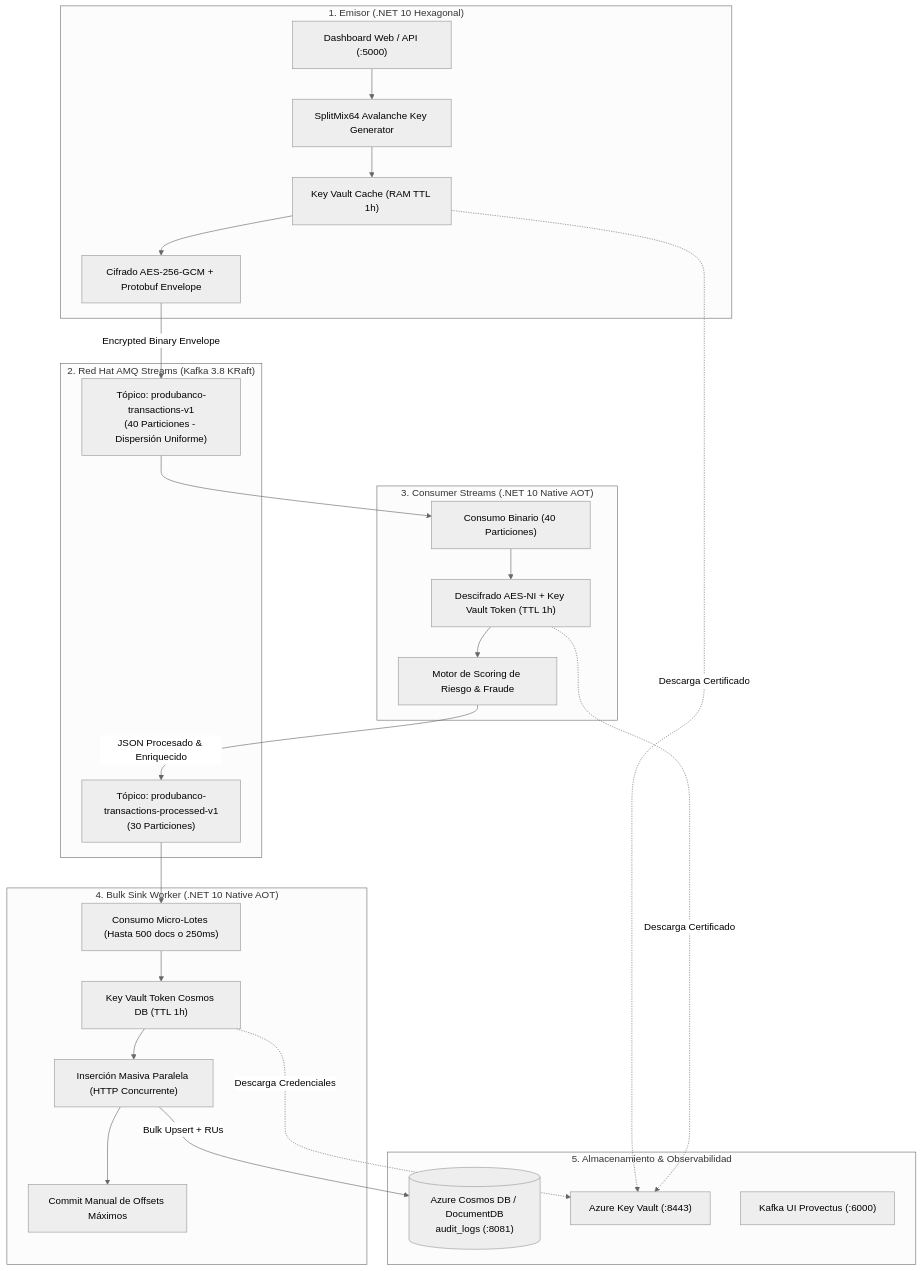
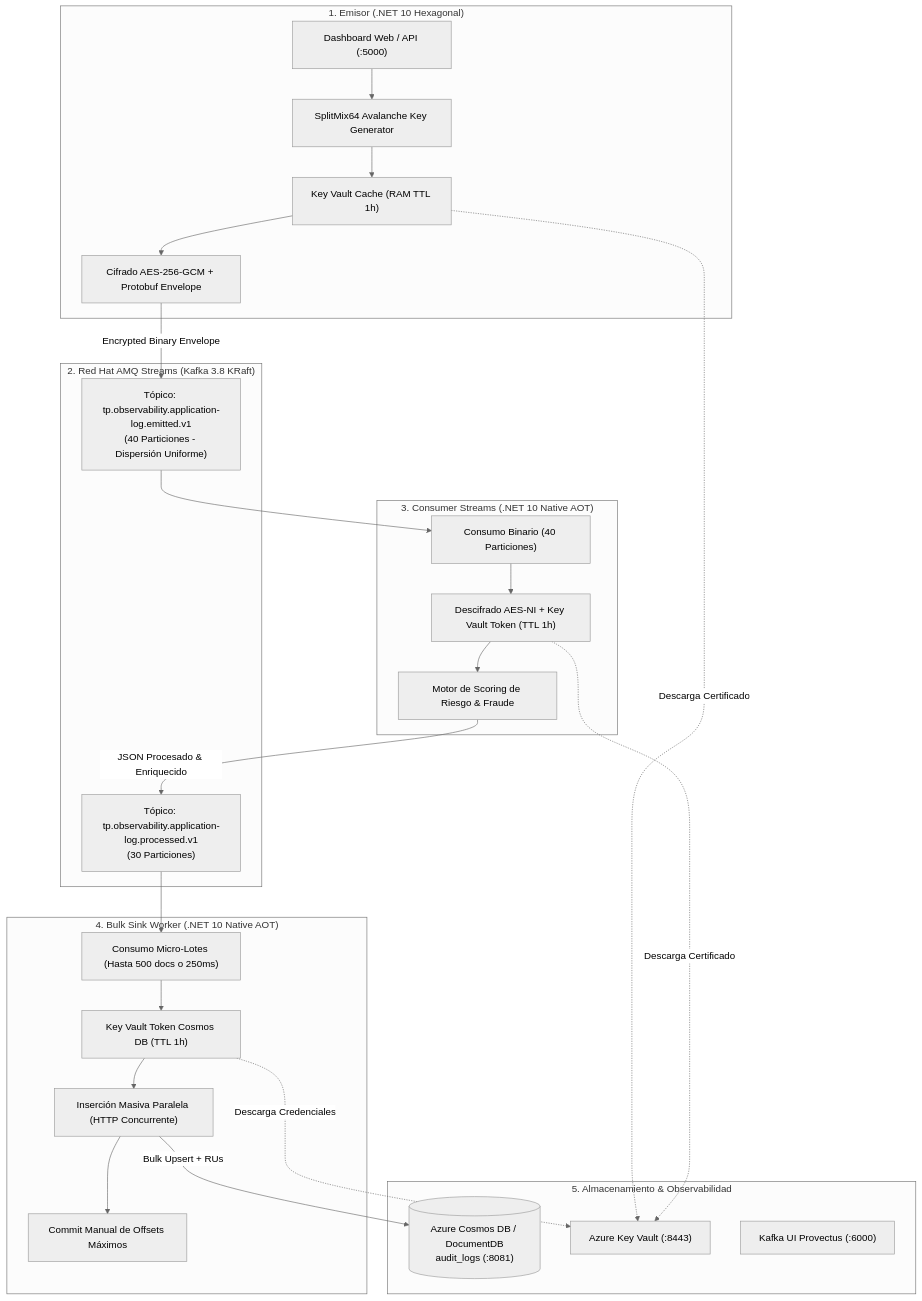
The diagram in README.md (aaguerram/log_procesor_otel), drawn with Mermaid (neutral theme) before and after one commit. The commit also changed other lines of this file and 42 other files, not shown here.

Commit message:
feat: standardize Kafka topic naming according to EST-INT-0001 (tp.observability.application-log.emitted.v1 and tp.observability.application-log.processed.v1)

````diff
--- a/README.md
+++ b/README.md
@@ -9,45 +9,45 @@
 ```mermaid
 flowchart TD
     subgraph Emisor ["1. Emisor (.NET 10 Hexagonal)"]
         A1["Dashboard Web / API (:5000)"]
         A2["SplitMix64 Avalanche Key Generator"]
         A3["Key Vault Cache (RAM TTL 1h)"]
         A4["Cifrado AES-256-GCM + Protobuf Envelope"]
         A1 --> A2 --> A3 --> A4
     end
 
     subgraph KafkaBroker ["2. Red Hat AMQ Streams (Kafka 3.8 KRaft)"]
-        K1["Tópico: produbanco-transactions-v1<br/>(40 Particiones - Dispersión Uniforme)"]
-        K2["Tópico: produbanco-transactions-processed-v1<br/>(30 Particiones)"]
+        K1["Tópico: tp.observability.application-log.emitted.v1<br/>(40 Particiones - Dispersión Uniforme)"]
+        K2["Tópico: tp.observability.application-log.processed.v1<br/>(30 Particiones)"]
     end
 
     subgraph ConsumerStreams ["3. Consumer Streams (.NET 10 Native AOT)"]
         C1["Consumo Binario (40 Particiones)"]
         C2["Descifrado AES-NI + Key Vault Token (TTL 1h)"]
         C3["Motor de Scoring de Riesgo & Fraude"]
         C1 --> C2 --> C3
     end
 
     subgraph LogSink ["4. Bulk Sink Worker (.NET 10 Native AOT)"]
         S1["Consumo Micro-Lotes (Hasta 500 docs o 250ms)"]
         S2["Key Vault Token Cosmos DB (TTL 1h)"]
         S3["Inserción Masiva Paralela (HTTP Concurrente)"]
         S4["Commit Manual de Offsets Máximos"]
         S1 --> S2 --> S3 --> S4
     end
 
     subgraph StorageObservability ["5. Almacenamiento & Observabilidad"]
         DB[("Azure Cosmos DB / DocumentDB<br/>audit_logs (:8081)")]
         KV["Azure Key Vault (:8443)"]
         KUI["Kafka UI Provectus (:6000)"]
     end
 
     A4 -->|Encrypted Binary Envelope| K1
     K1 --> C1
     C3 -->|JSON Procesado & Enriquecido| K2
     K2 --> S1
     S3 -->|Bulk Upsert + RUs| DB
     A3 -.->|Descarga Certificado| KV
     C2 -.->|Descarga Certificado| KV
     S2 -.->|Descarga Credenciales| KV
 ```
````
